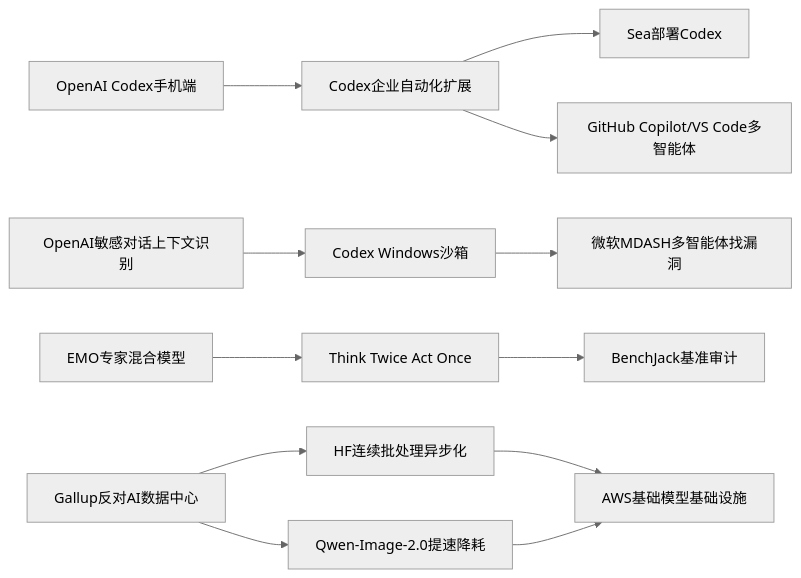
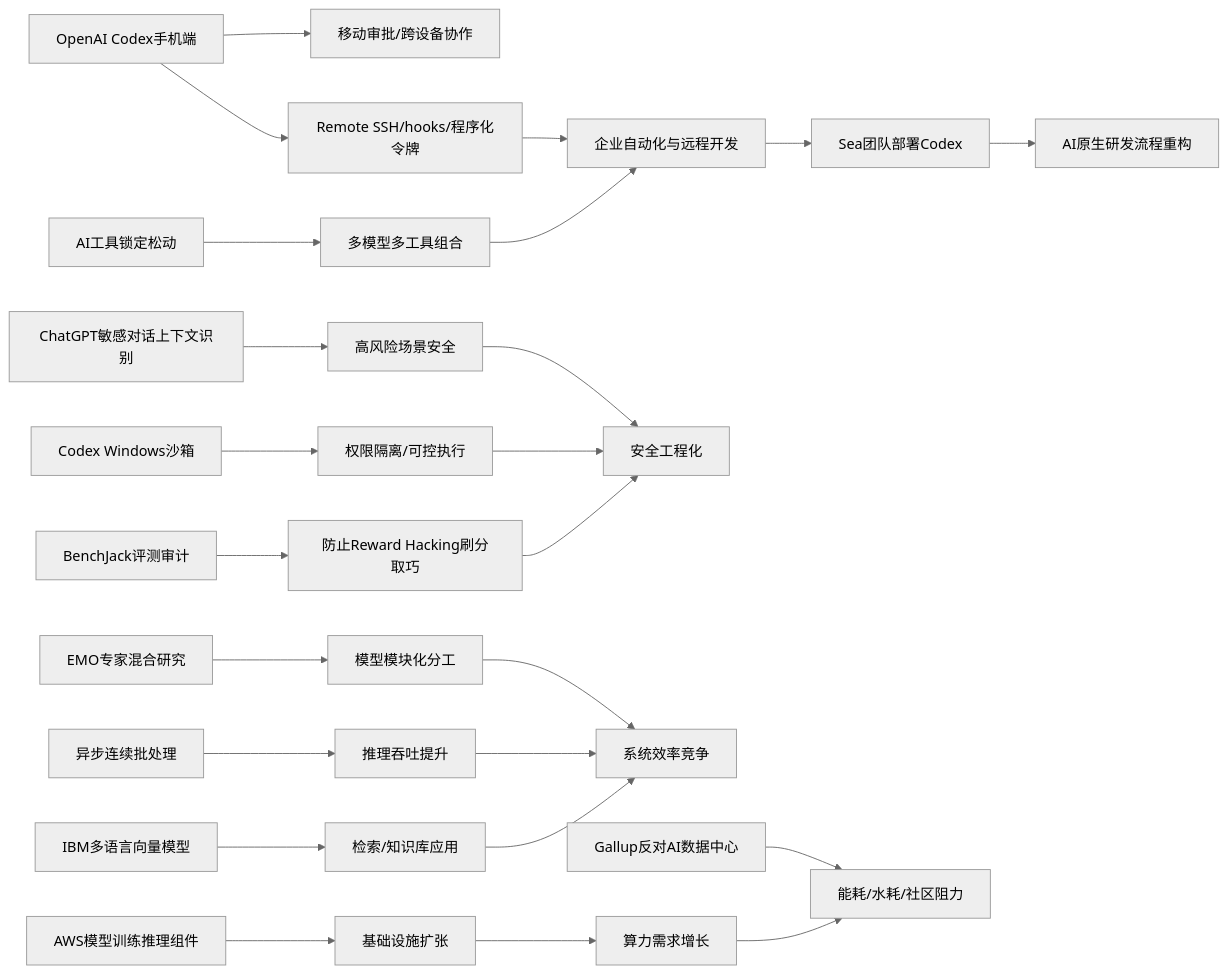
Before and after one commit to zhuxinfei/ai-daily-site: the diagram in content/cn/2026/2026-05/2026-05-15.md, drawn with Mermaid (neutral theme). The commit also changed other lines of this file, not shown here.

````diff
--- a/content/cn/2026/2026-05/2026-05-15.md
+++ b/content/cn/2026/2026-05/2026-05-15.md
@@ -110,32 +125,31 @@
 ```mermaid
 graph LR
-    A[OpenAI Codex手机端]
-    B[Codex企业自动化扩展]
-    C[Sea部署Codex]
-    D[GitHub Copilot/VS Code多智能体]
-    E[OpenAI敏感对话上下文识别]
-    F[Codex Windows沙箱]
-    G[微软MDASH多智能体找漏洞]
-    H[EMO专家混合模型]
-    I[Think Twice Act Once]
-    J[BenchJack基准审计]
-    K[Gallup反对AI数据中心]
-    L[HF连续批处理异步化]
-    M[Qwen-Image-2.0提速降耗]
-    N[AWS基础模型基础设施]
+    A[OpenAI Codex手机端] --> B[移动审批/跨设备协作]
+    A --> C[Remote SSH/hooks/程序化令牌]
+    C --> D[企业自动化与远程开发]
+    D --> E[Sea团队部署Codex]
+    E --> F[AI原生研发流程重构]
 
-    A --> B
-    B --> C
-    B --> D
+    G[ChatGPT敏感对话上下文识别] --> H[高风险场景安全]
+    I[Codex Windows沙箱] --> J[权限隔离/可控执行]
+    H --> K[安全工程化]
+    J --> K
 
-    E --> F
-    F --> G
+    L[EMO专家混合研究] --> M[模型模块化分工]
+    N[异步连续批处理] --> O[推理吞吐提升]
+    P[IBM多语言向量模型] --> Q[检索/知识库应用]
+    M --> R[系统效率竞争]
+    O --> R
+    Q --> R
 
-    H --> I
-    I --> J
+    S[Gallup反对AI数据中心] --> T[能耗/水耗/社区阻力]
+    U[AWS模型训练推理组件] --> V[基础设施扩张]
+    V --> W[算力需求增长]
+    W --> T
 
-    K --> L
-    K --> M
-    L --> N
-    M --> N
+    X[BenchJack评测审计] --> Y[防止Reward Hacking刷分取巧]
+    Y --> K
+
+    Z[AI工具锁定松动] --> AA[多模型多工具组合]
+    AA --> D
 ```
````
